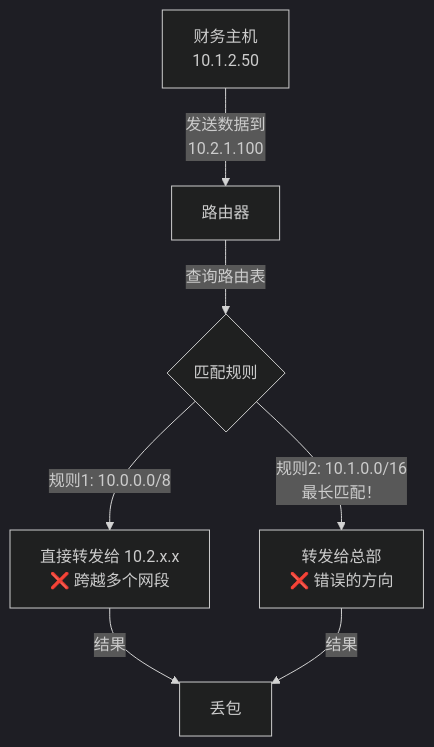
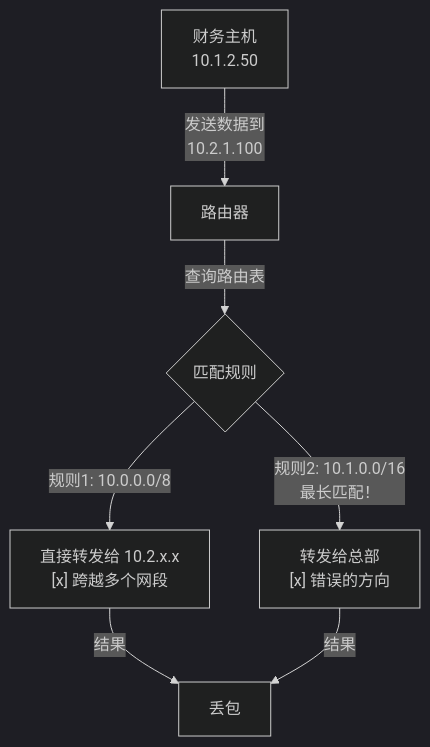
One commit to SKT-Shurima/NetworkMastery changed the fourth of 18 diagrams in docs/guide/basics/tcpip.md. Above: the diagram before and after it, drawn with Mermaid (dark theme). The commit also changed other lines of this file and 26 other files, not shown here.

````diff
--- a/docs/guide/basics/tcpip.md
+++ b/docs/guide/basics/tcpip.md
@@ -153,10 +153,10 @@
 ```mermaid
 graph TD
     A["财务主机<br/>10.1.2.50"] -->|发送数据到<br/>10.2.1.100| B["路由器"]
     B -->|查询路由表| C{"匹配规则"}
-    C -->|规则1: 10.0.0.0/8| D["直接转发给 10.2.x.x<br/>❌ 跨越多个网段"]
-    C -->|规则2: 10.1.0.0/16<br/>最长匹配！| E["转发给总部<br/>❌ 错误的方向"]
+    C -->|规则1: 10.0.0.0/8| D["直接转发给 10.2.x.x<br/>[x] 跨越多个网段"]
+    C -->|规则2: 10.1.0.0/16<br/>最长匹配！| E["转发给总部<br/>[x] 错误的方向"]
     
     D -->|结果| F["丢包"]
     E -->|结果| F
 ```
````
